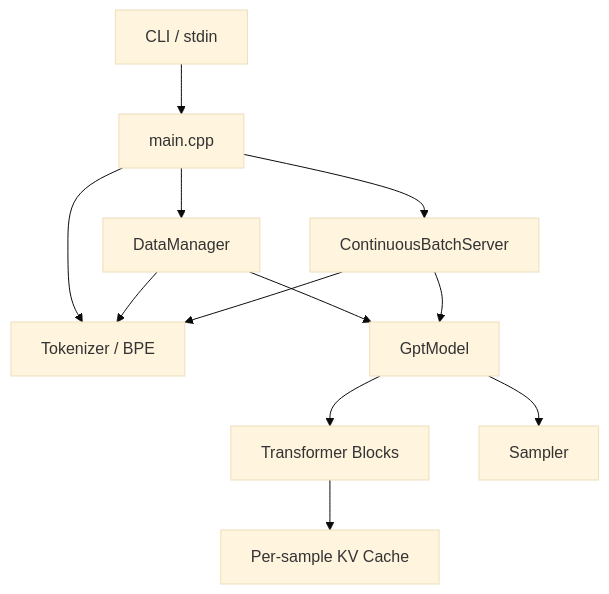
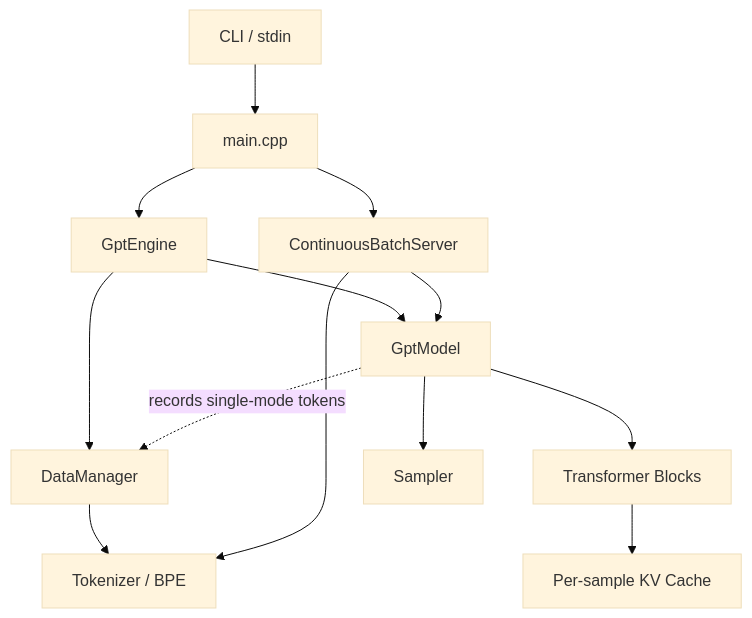
One commit to eagle-dai/easy_llm.cpp changed the first of 9 diagrams in my/docs/easy_llm_guide.zh-CN.md. Above: the diagram before and after it, drawn with Mermaid (base theme). The commit also changed other lines of this file, not shown here.

Commit message:
docs: fix architecture boundaries and strengthen state ownership

````diff
--- a/my/docs/easy_llm_guide.zh-CN.md
+++ b/my/docs/easy_llm_guide.zh-CN.md
@@ -66,24 +69,26 @@
 ```mermaid
 flowchart TB
     U[CLI / stdin]
     M[main.cpp]
+    E[GptEngine]
+    S[ContinuousBatchServer]
+    D[DataManager]
     T[Tokenizer / BPE]
-    D[DataManager]
-    S[ContinuousBatchServer]
     G[GptModel]
     B[Transformer Blocks]
     K[Per-sample KV Cache]
     P[Sampler]
 
     U --> M
-    M --> T
-    M --> D
+    M --> E
     M --> S
+    E --> D
     D --> T
-    D --> G
+    E --> G
+    G -. records single-mode tokens .-> D
     S --> T
     S --> G
     G --> B
     B --> K
     G --> P
 ```
````
